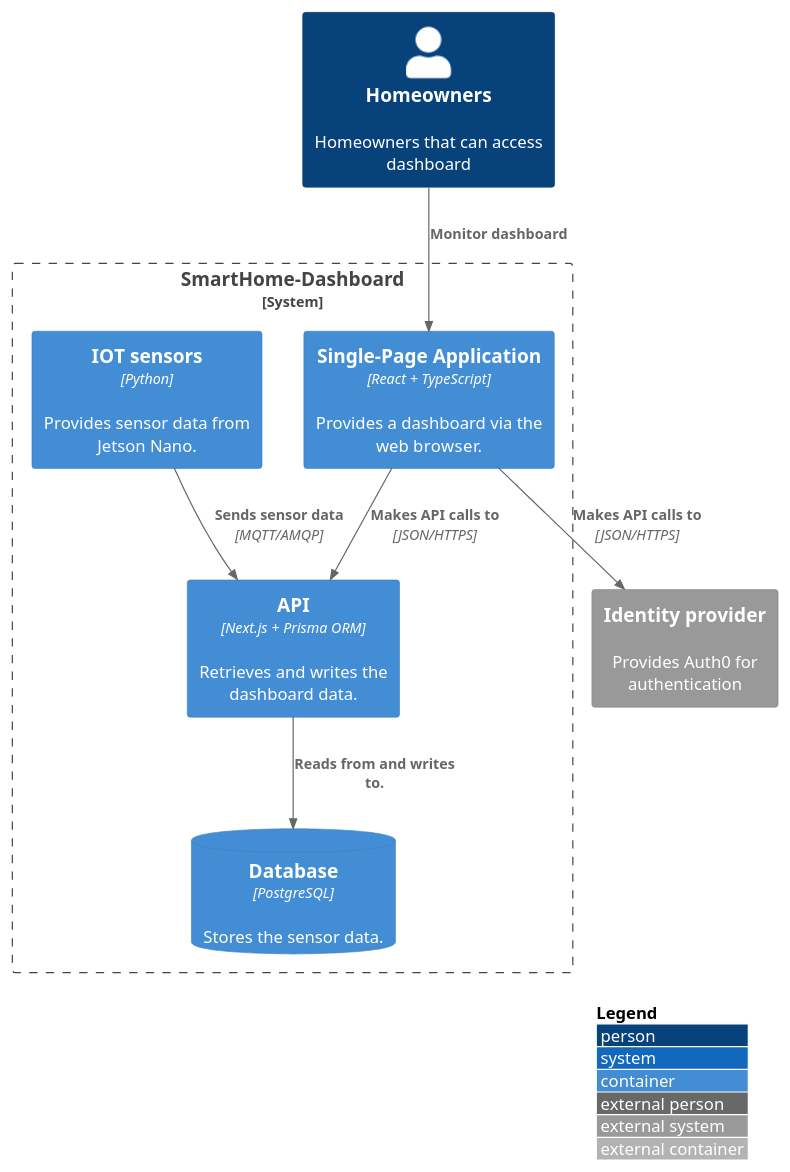
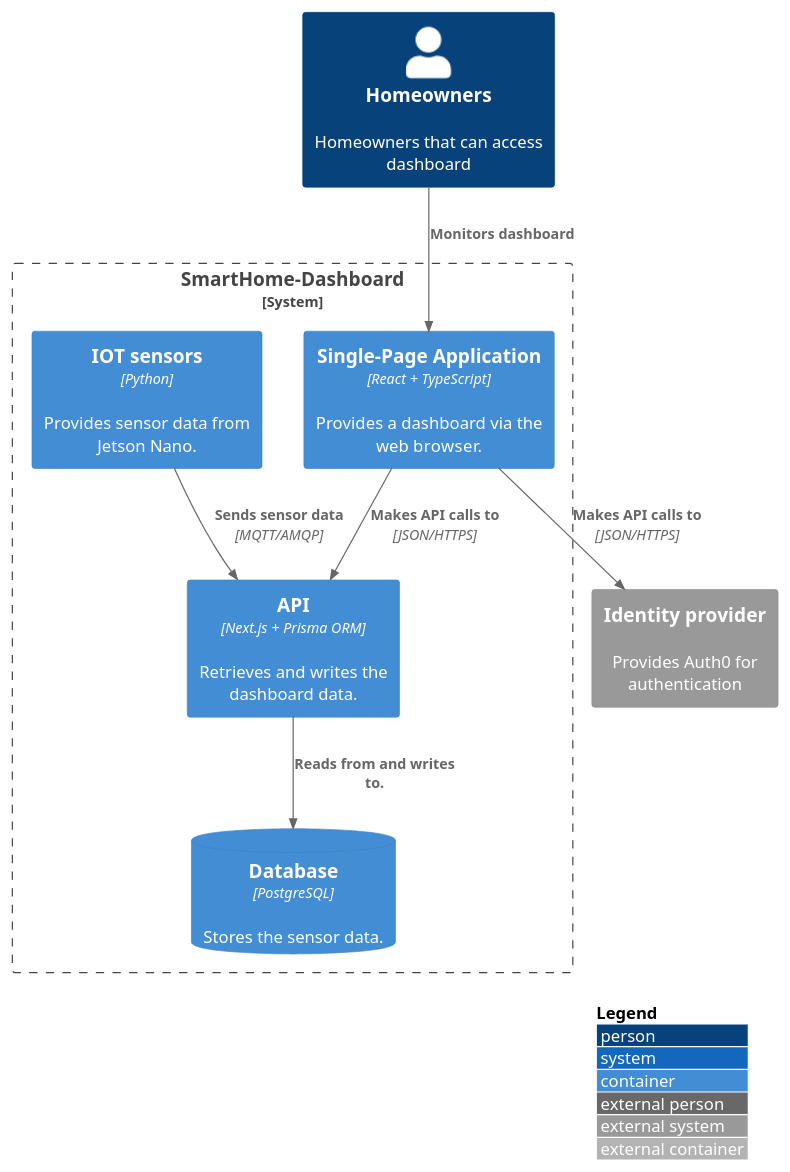
Before and after one commit to FHICT-S-Siem/S4-SiemLucassen-SmartHome: the diagram in container-diagram.puml, drawn with PlantUML. The commit also changed 8 other files, not shown here.

```diff
--- a/container-diagram.puml
+++ b/container-diagram.puml
@@ -1,30 +1,30 @@
 @startuml C4_Elements
 !include https://raw.githubusercontent.com/plantuml-stdlib/C4-PlantUML/master/C4_Container.puml
 
 LAYOUT_WITH_LEGEND()
 
 Person(user, "Homeowners", "Homeowners that can access dashboard")
 
 System_Ext(ip, "Identity provider", "Provides Auth0 for authentication")
 
 System_Boundary(boundry, "SmartHome-Dashboard"){
 	Container(spa, "Single-Page Application", "React + TypeScript", "Provides a dashboard via the web browser.")
 	
 	Container(api, "API", "Next.js + Prisma ORM", "Retrieves and writes the dashboard data.")
 
 	ContainerDb(db, "Database", "PostgreSQL", "Stores the sensor data.")
 
     Container(jetson, "IOT sensors", "Python", "Provides sensor data from Jetson Nano.")
 }
 
-Rel_D(user, spa, "Monitor dashboard")
+Rel_D(user, spa, "Monitors dashboard")
 
 Rel_D(spa, api, "Makes API calls to", "JSON/HTTPS")
 
 Rel_D(jetson, api, "Sends sensor data", "MQTT/AMQP")
 
 Rel_D(api, db, "Reads from and writes to.")
 
 Rel_D(spa, ip, "Makes API calls to", "JSON/HTTPS")
 
 @enduml
```
